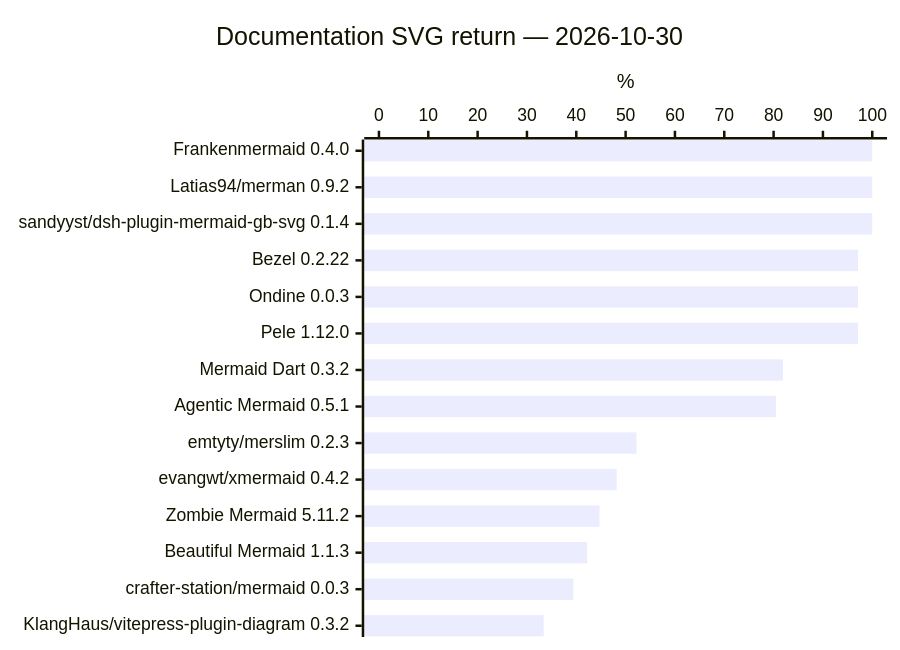
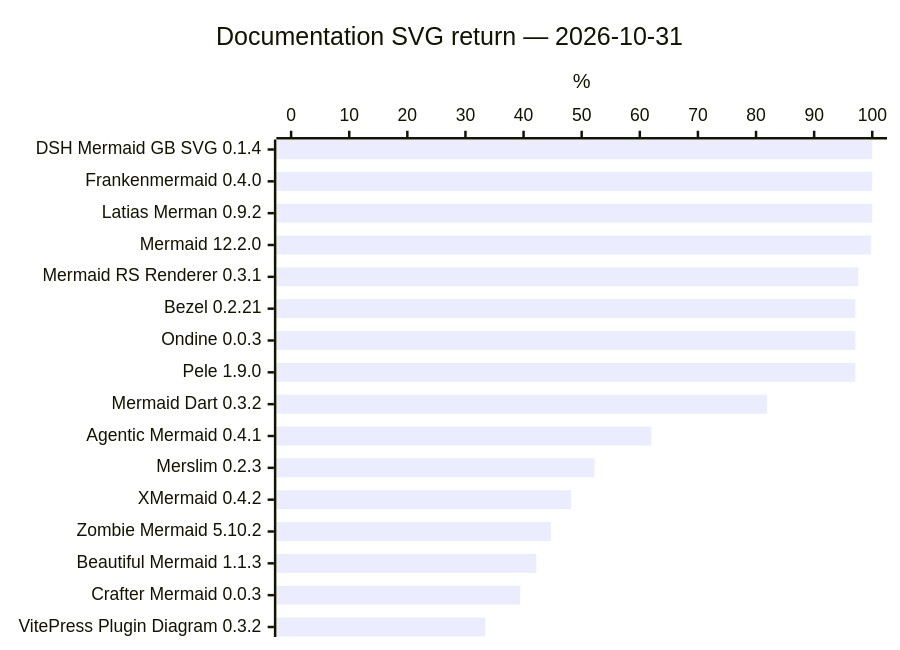
One commit to adewale/trident changed the first of 2 diagrams in results/tables/docs-1.md. Above: the diagram before and after it, drawn with Mermaid. The commit also changed other lines of this file and 36 other files, not shown here.

Commit message:
Publish ranked current ecosystem results and explicit Mermaid comparisons

````diff
--- a/results/tables/docs-1.md
+++ b/results/tables/docs-1.md
@@ -176,7 +34,7 @@
 ```mermaid
 xychart-beta horizontal
-    title "Documentation SVG return — 2026-10-30"
-    x-axis ["Frankenmermaid 0.4.0", "Latias94/merman 0.9.2", "sandyyst/dsh-plugin-mermaid-gb-svg 0.1.4", "Bezel 0.2.22", "Ondine 0.0.3", "Pele 1.12.0", "Mermaid Dart 0.3.2", "Agentic Mermaid 0.5.1", "emtyty/merslim 0.2.3", "evangwt/xmermaid 0.4.2", "Zombie Mermaid 5.11.2", "Beautiful Mermaid 1.1.3", "crafter-station/mermaid 0.0.3", "KlangHaus/vitepress-plugin-diagram 0.3.2"]
+    title "Documentation SVG return — 2026-10-31"
+    x-axis ["DSH Mermaid GB SVG 0.1.4", "Frankenmermaid 0.4.0", "Latias Merman 0.9.2", "Mermaid 12.2.0", "Mermaid RS Renderer 0.3.1", "Bezel 0.2.21", "Ondine 0.0.3", "Pele 1.9.0", "Mermaid Dart 0.3.2", "Agentic Mermaid 0.4.1", "Merslim 0.2.3", "XMermaid 0.4.2", "Zombie Mermaid 5.10.2", "Beautiful Mermaid 1.1.3", "Crafter Mermaid 0.0.3", "VitePress Plugin Diagram 0.3.2"]
     y-axis "%" 0 --> 100
-    bar [100, 100, 100, 97.1, 97.1, 97.1, 81.9, 80.5, 52.2, 48.2, 44.7, 42.2, 39.4, 33.4]
+    bar [100, 100, 100, 99.8, 97.6, 97.1, 97.1, 97.1, 81.9, 62, 52.2, 48.2, 44.7, 42.2, 39.4, 33.4]
 ```
````
